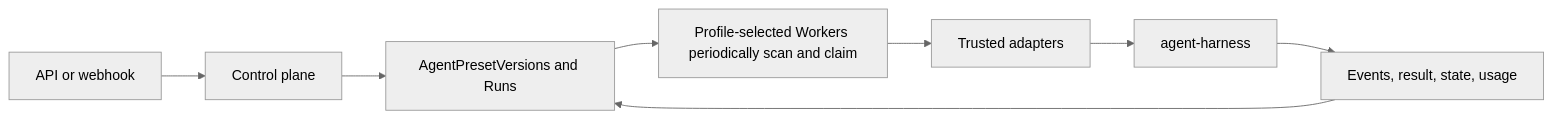
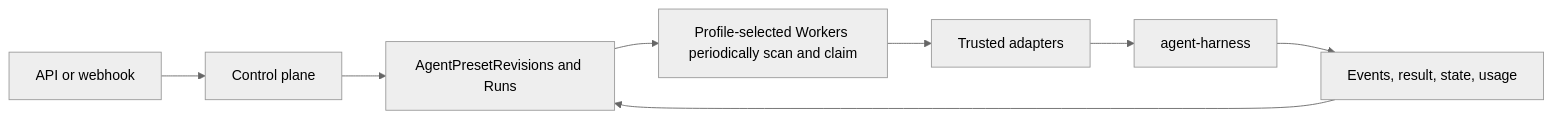
The second of 4 diagrams in spec/README.md (converge-ai-labs/agent-foundation), drawn with Mermaid (neutral theme) before and after one commit. The commit also changed other lines of this file and 30 other files, not shown here.

First line of the commit message:
docs(agent-management): define preset revisions and run overrides

````diff
--- a/spec/README.md
+++ b/spec/README.md
@@ -207,10 +207,10 @@
 ```mermaid
 flowchart LR
     Ingress[API or webhook] --> Control[Control plane]
-    Control --> Durable[AgentPresetVersions and Runs]
+    Control --> Durable[AgentPresetRevisions and Runs]
     Durable --> Worker[Profile-selected Workers periodically scan and claim]
     Worker --> Reconstruct[Trusted adapters]
     Reconstruct --> Harness[agent-harness]
     Harness --> Candidate[Events, result, state, usage]
     Candidate --> Durable
 ```
````
